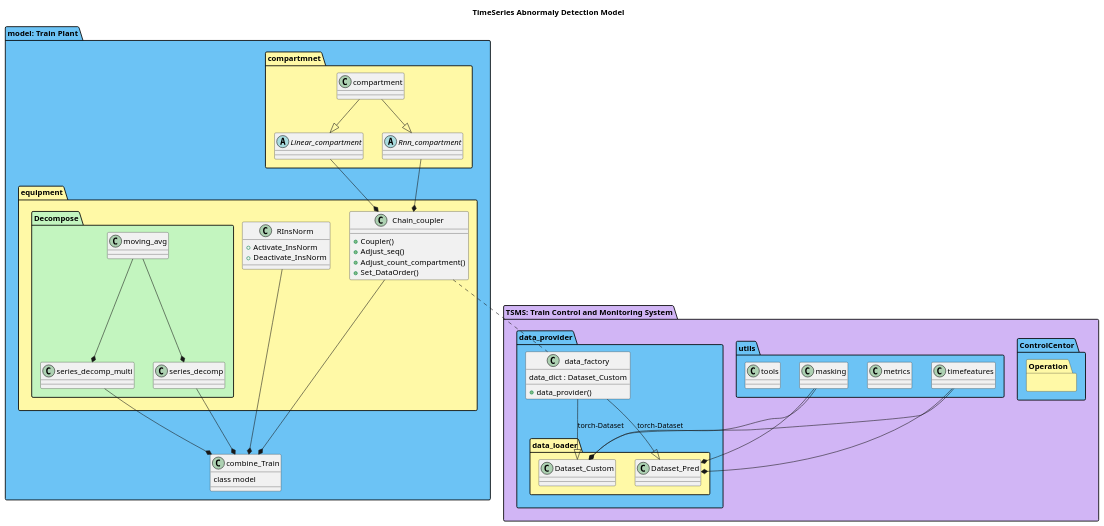
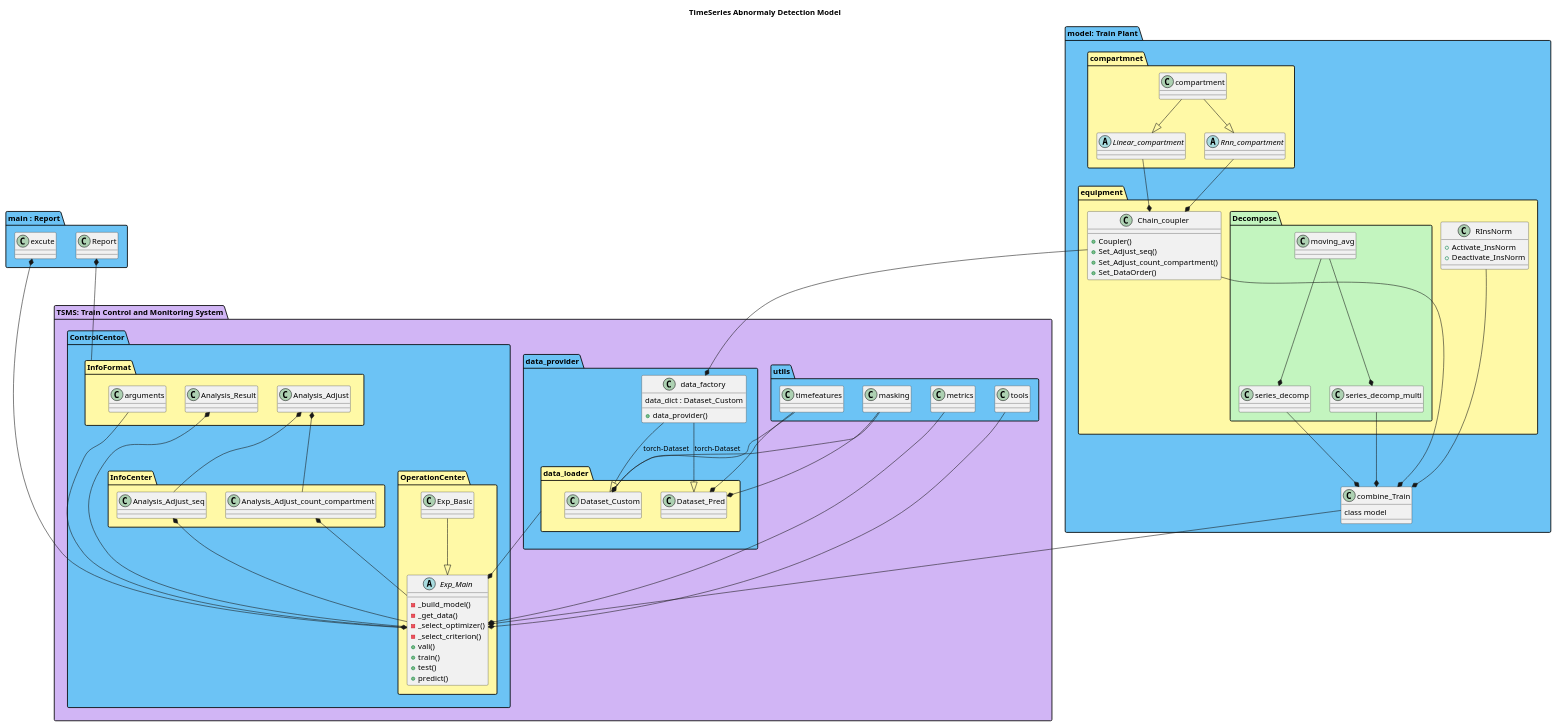
One commit to hugwolf77/Anormaly_You changed the diagram in workspace_01/BLprint.plantuml. Above: the diagram before and after it, drawn with PlantUML. The commit also changed 1 other file, not shown here.

```diff
--- a/workspace_01/BLprint.plantuml
+++ b/workspace_01/BLprint.plantuml
@@ -3,82 +2,125 @@
 @startuml TS-Abnormaly-Detection
 
 scale 1.0
 title TimeSeries Abnormaly Detection Model
 
 package "TSMS: Train Control and Monitoring System" #d1b5f5 {
     package "ControlCentor" #6cc3f5 {
-        package "Operation" #fff9a6 {
-        
+        package "OperationCenter" #fff9a6 {
+            class Exp_Basic
+            abstract class Exp_Main {
+                - _build_model()
+                - _get_data()
+                - _select_optimizer()
+                - _select_criterion()
+                +vali()
+                +train()
+                +test()
+                +predict()
+            }
+            Exp_Basic --|> Exp_Main
         }
-        
+        package "InfoCenter" #fff9a6 {
+            class Analysis_Adjust_seq
+            class Analysis_Adjust_count_compartment
+            Analysis_Adjust_seq *-- Exp_Main
+            Analysis_Adjust_count_compartment *--Exp_Main
+        }
+        package "InfoFormat" #fff9a6 {
+            class arguments
+            class Analysis_Result
+            class Analysis_Adjust
+
+            arguments --* Exp_Main
+            Analysis_Result *-- Exp_Main
+            Analysis_Adjust *-- Analysis_Adjust_seq
+            Analysis_Adjust *-- Analysis_Adjust_count_compartment
+        }
     }
 
     package "utils" #6cc3f5 {
         class masking
         class metrics 
         class timefeatures 
         class tools
+
+        metrics --* Exp_Main
+        tools --* Exp_Main
     }
     package "data_provider" #6cc3f5 {
         class data_factory { 
             +data_provider()
             data_dict : Dataset_Custom
             } 
         package "data_loader" #fff9a6 {
-            data_factory --|> Dataset_Custom : torch-Dataset
-            data_factory --|> Dataset_Pred : torch-Dataset
+            class Dataset_Custom
+            class Dataset_Pred
+        data_factory --|> Dataset_Custom : torch-Dataset
+        data_factory --|> Dataset_Pred : torch-Dataset
         masking --* Dataset_Custom
         timefeatures --* Dataset_Custom
         masking --* Dataset_Pred
         timefeatures --* Dataset_Pred
         }
+        data_loader --* Exp_Main
     }
+
 }
 
 package "model: Train Plant" #6cc3f5 {
 
     class combine_Train{
         class model
     }
+    
+    combine_Train --* Exp_Main
 
     package "compartmnet" #fff9a6 {
         class compartment
         abstract class Linear_compartment
         abstract class Rnn_compartment
 
         compartment --|> Linear_compartment
         compartment --|> Rnn_compartment
 
     }
     package "equipment" #fff9a6 {
         class Chain_coupler {
             + Coupler()
-            + Adjust_seq()
-            + Adjust_count_compartment()
-            +Set_DataOrder()
+            + Set_Adjust_seq()
+            + Set_Adjust_count_compartment()
+            + Set_DataOrder()
         } 
         Linear_compartment --* Chain_coupler
         Rnn_compartment --* Chain_coupler
-        Chain_coupler .. data_factory
+        Chain_coupler --* data_factory
         Chain_coupler --* combine_Train
 
         package "Decompose" #c3f5bf {
             class moving_avg{}
             class series_decomp{}
             class series_decomp_multi{}
 
             moving_avg --* series_decomp
             moving_avg --* series_decomp_multi
             series_decomp --* combine_Train
             series_decomp_multi --* combine_Train
         }
         class RInsNorm{
             +Activate_InsNorm
             +Deactivate_InsNorm
         }
         RInsNorm --* combine_Train
-
     }
 }
 
+package "main : Report" #6cc3f5 {
+    class Report
+    class excute
+
+    excute *-- Exp_Main
+    Report *-- InfoFormat
+
+}
+
 @enduml
```
